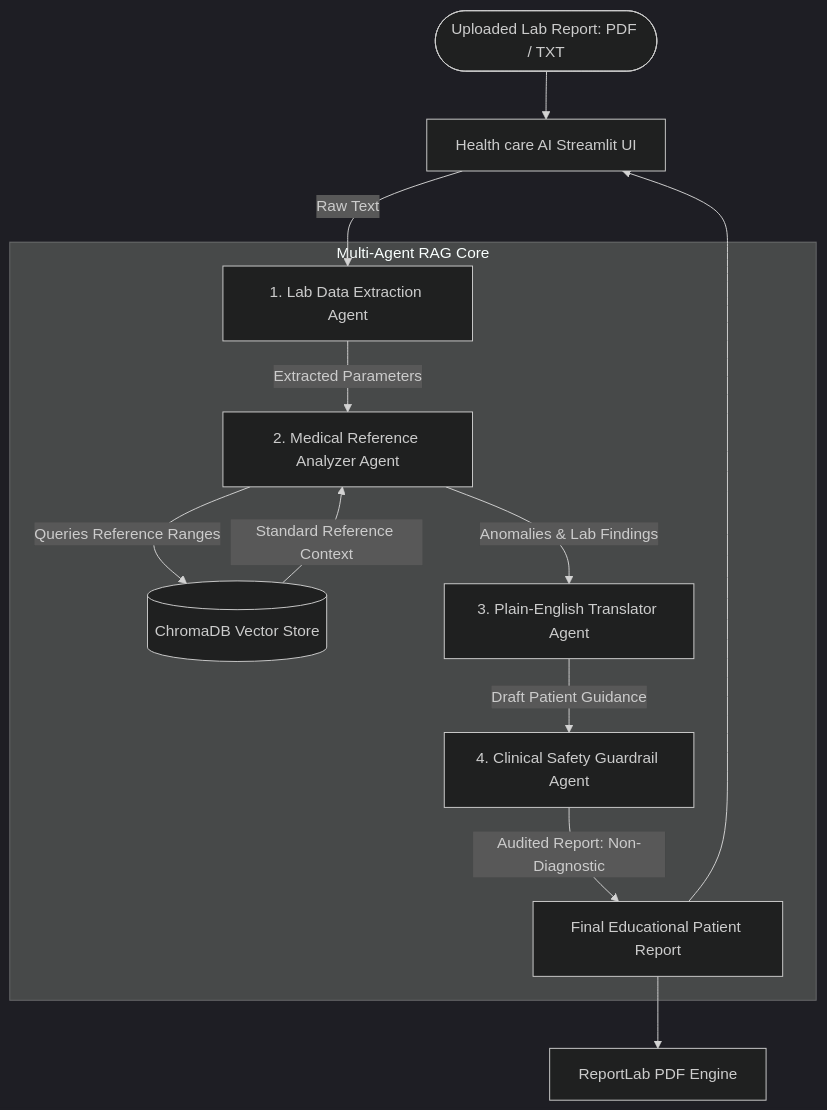
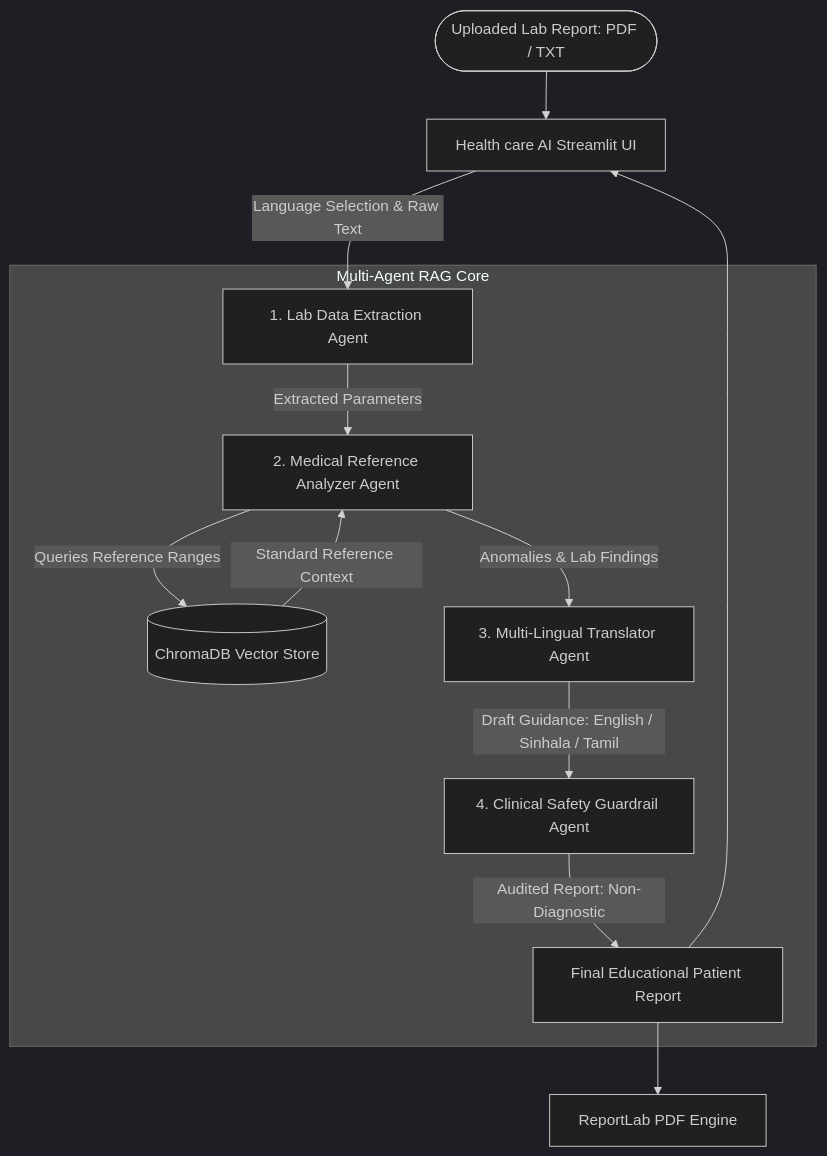
The diagram in README.md (AnjanaMadhushanaj/Heart_Agent_App), drawn with Mermaid (dark theme) before and after one commit. The commit also changed other lines of this file, not shown here.

Commit message:
docs: update README with multi-lingual guidance engine (English, Sinhala, Tamil) and updated title

````diff
--- a/README.md
+++ b/README.md
@@ -20,17 +21,17 @@
 ```mermaid
 graph TD
     User([Uploaded Lab Report: PDF / TXT]) --> UI[Health care AI Streamlit UI]
-    UI -->|Raw Text| Agent1[1. Lab Data Extraction Agent]
+    UI -->|Language Selection & Raw Text| Agent1[1. Lab Data Extraction Agent]
     
     subgraph Multi-Agent RAG Core
         Agent1 -->|Extracted Parameters| Agent2[2. Medical Reference Analyzer Agent]
         Agent2 -->|Queries Reference Ranges| RAG[(ChromaDB Vector Store)]
         RAG -->|Standard Reference Context| Agent2
-        Agent2 -->|Anomalies & Lab Findings| Agent3[3. Plain-English Translator Agent]
-        Agent3 -->|Draft Patient Guidance| Agent4[4. Clinical Safety Guardrail Agent]
+        Agent2 -->|Anomalies & Lab Findings| Agent3[3. Multi-Lingual Translator Agent]
+        Agent3 -->|Draft Guidance: English / Sinhala / Tamil| Agent4[4. Clinical Safety Guardrail Agent]
         Agent4 -->|Audited Report: Non-Diagnostic| FinalReport[Final Educational Patient Report]
     end
     
     FinalReport --> UI
     FinalReport --> PDF[ReportLab PDF Engine]
 ```
````
